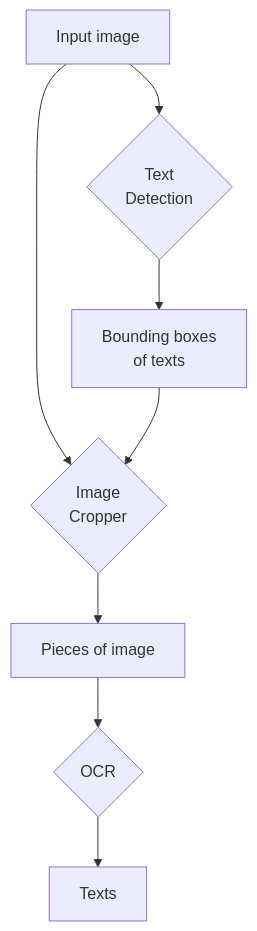
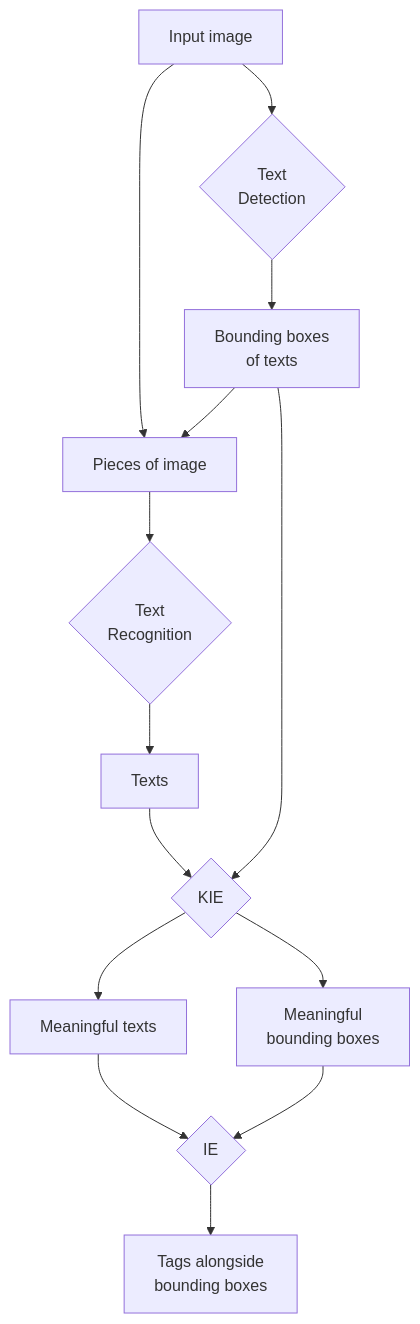
The diagram in README.md (hnthap/invoice_ai_exp), drawn with Mermaid before and after one commit. The commit also changed other lines of this file and 13 other files, not shown here.

````diff
--- a/README.md
+++ b/README.md
@@ -40,20 +52,34 @@
 ```mermaid
 graph TD;
 
 image[Input image] --> detection{Text
     Detection}
 
 detection --> bboxes[Bounding boxes
     of texts]
 
-image --> cropper{Image
-    Cropper}
+image --> pieces[Pieces of image]
 
-bboxes --> cropper
+bboxes --> pieces
 
-cropper --> pieces[Pieces of image]
+pieces --> ocr{Text
+    Recognition}
 
-pieces --> ocr{OCR}
+ocr --> texts[Texts]
 
-ocr --> result[Texts]
+texts --> kie{KIE}
+
+kie --> texts_2[Meaningful texts]
+
+texts_2 --> ie{IE}
+
+bboxes --> kie
+
+kie --> bboxes_2[Meaningful
+    bounding boxes]
+
+bboxes_2 --> ie
+
+ie --> tags[Tags alongside
+    bounding boxes]
 ```
````
